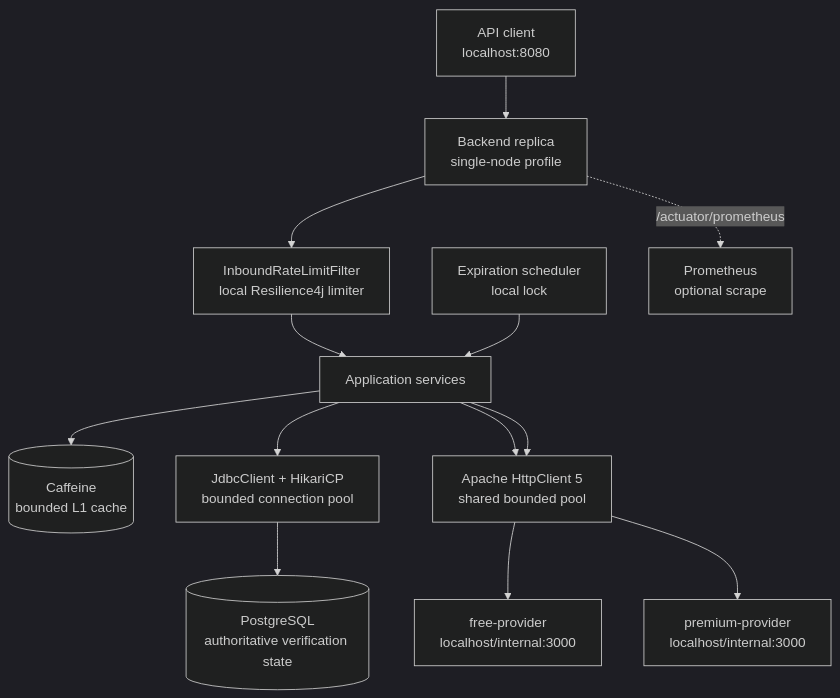
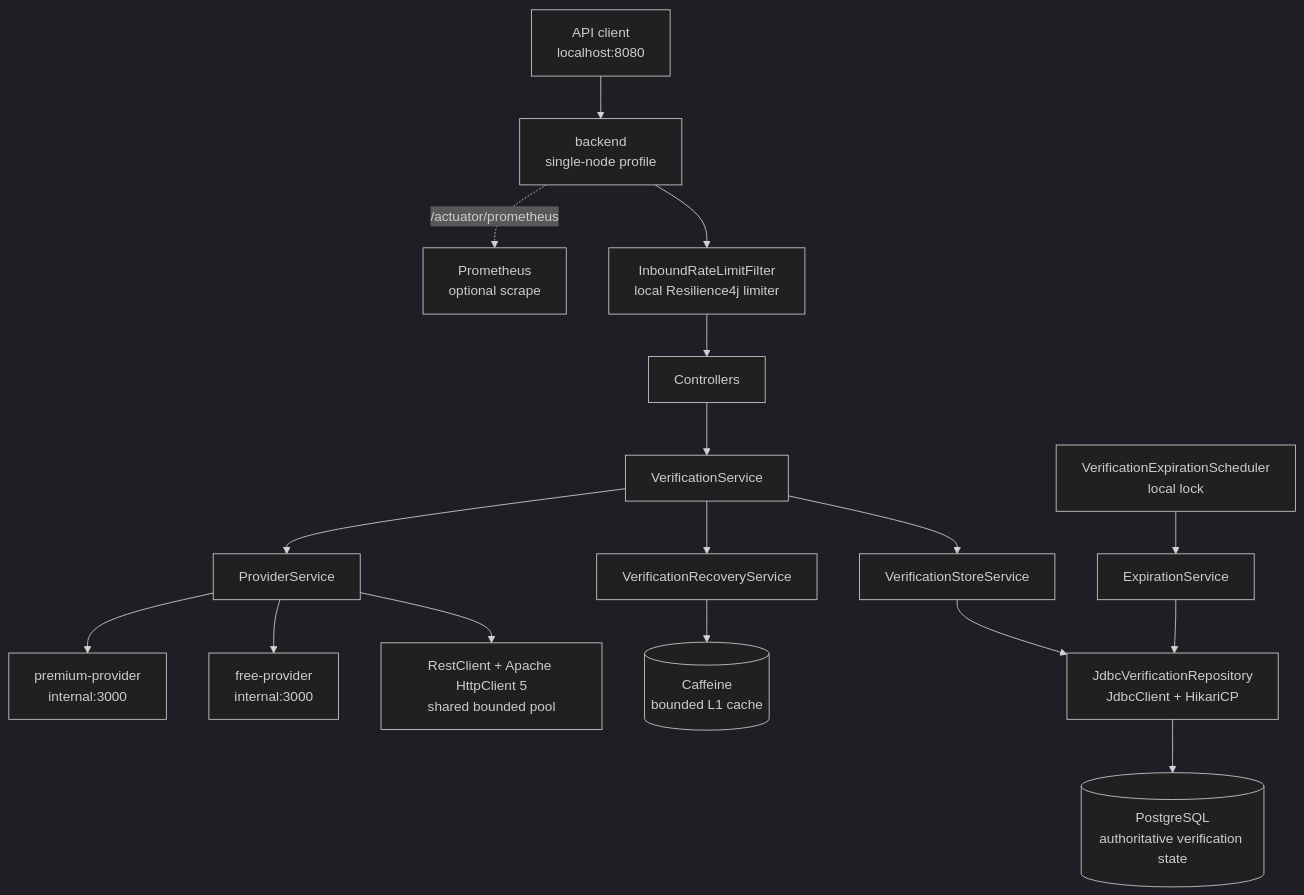
Before and after one commit to migangdelzar/company-check-workspace: the third of 5 diagrams in docs/architecture/runtime-architecture.md, drawn with Mermaid (dark theme). The commit also changed other lines of this file and 17 other files, not shown here.

Commit message:
docs: align architecture references with layered backend

````diff
--- a/docs/architecture/runtime-architecture.md
+++ b/docs/architecture/runtime-architecture.md
@@ -118,22 +105,31 @@
 ```mermaid
 flowchart TB
   Client[API client\nlocalhost:8080]
-  Backend[Backend replica\nsingle-node profile]
+  Backend[backend\nsingle-node profile]
   Filter[InboundRateLimitFilter\nlocal Resilience4j limiter]
-  App[Application services]
+  Controller[Controllers]
+  Verification[VerificationService]
+  Provider[ProviderService]
+  Store[VerificationStoreService]
+  Recovery[VerificationRecoveryService]
+  Expiration[ExpirationService]
   Caffeine[(Caffeine\nbounded L1 cache)]
-  JDBC[JdbcClient + HikariCP\nbounded connection pool]
+  JDBC[JdbcVerificationRepository\nJdbcClient + HikariCP]
   PG[(PostgreSQL\nauthoritative verification state)]
-  HTTP[Apache HttpClient 5\nshared bounded pool]
-  Free[free-provider\nlocalhost/internal:3000]
-  Premium[premium-provider\nlocalhost/internal:3000]
-  Scheduler[Expiration scheduler\nlocal lock]
+  HTTP[RestClient + Apache HttpClient 5\nshared bounded pool]
+  Free[free-provider\ninternal:3000]
+  Premium[premium-provider\ninternal:3000]
+  Scheduler[VerificationExpirationScheduler\nlocal lock]
   Prom[Prometheus\noptional scrape]
-  Client --> Backend --> Filter --> App
-  App --> Caffeine
-  App --> JDBC --> PG
-  App --> HTTP --> Free
-  App --> HTTP --> Premium
-  Scheduler --> App
+
+  Client --> Backend --> Filter --> Controller --> Verification
+  Verification --> Store
+  Verification --> Recovery
+  Verification --> Provider --> HTTP
+  Provider --> Free
+  Provider --> Premium
+  Store --> JDBC --> PG
+  Recovery --> Caffeine
+  Scheduler --> Expiration --> JDBC
   Backend -. /actuator/prometheus .-> Prom
 ```
````
